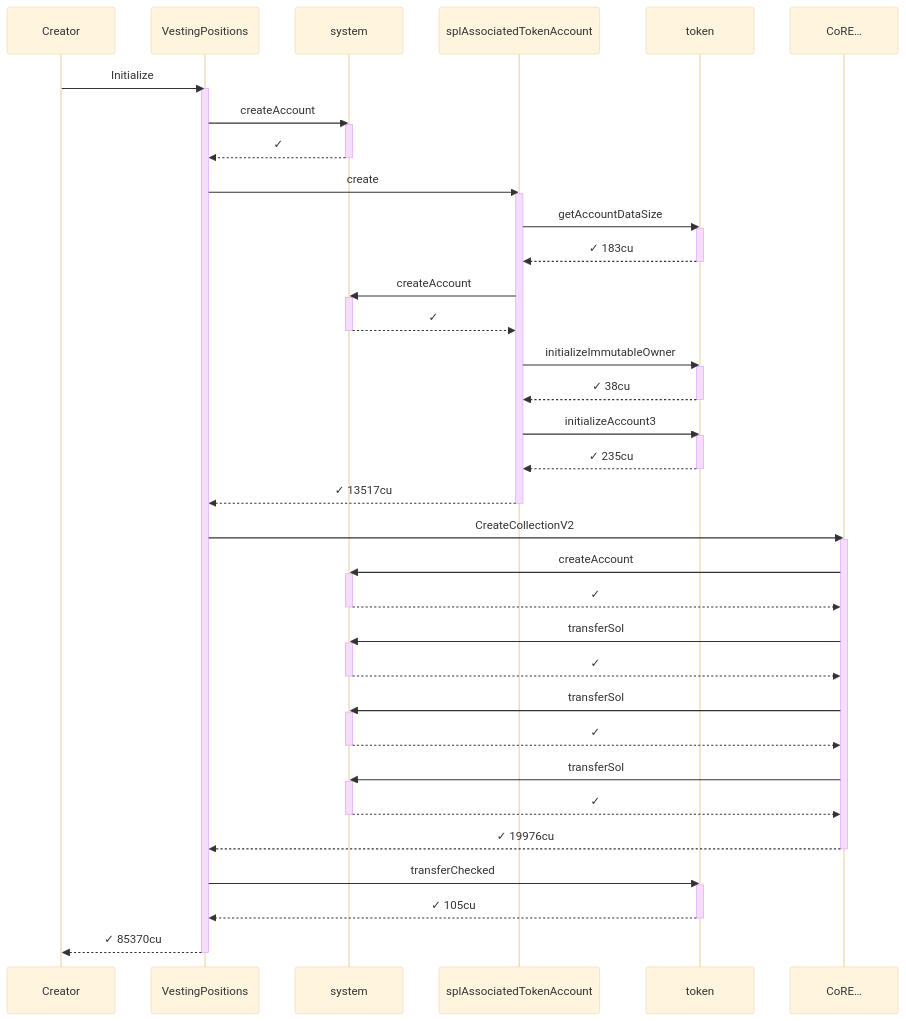
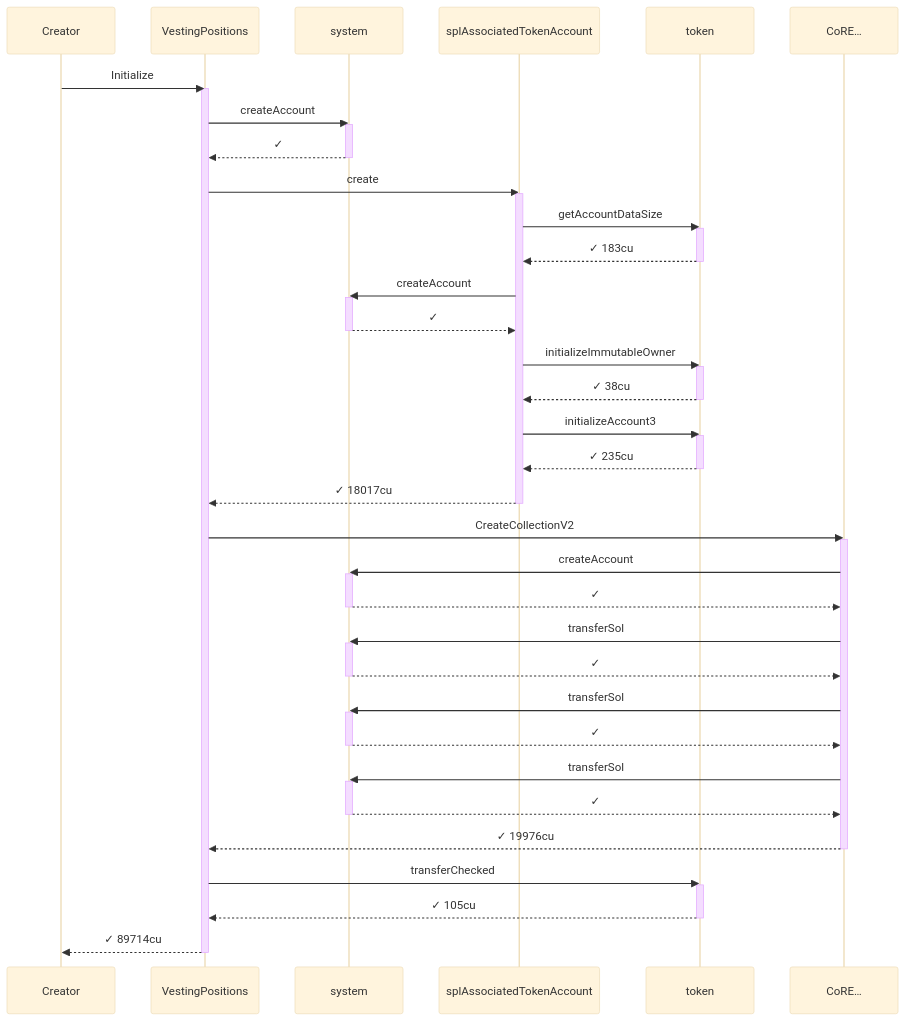
Before and after one commit to cds-turbin3/vesting-position: the first of 9 diagrams in babelfish-tests/test-report/freeze_asset_fails_without_freeze_plugin.md, drawn with Mermaid (base theme). The commit also changed other lines of this file and 106 other files, not shown here.

````diff
--- a/babelfish-tests/test-report/freeze_asset_fails_without_freeze_plugin.md
+++ b/babelfish-tests/test-report/freeze_asset_fails_without_freeze_plugin.md
@@ -43,61 +49,61 @@
 ```mermaid
 sequenceDiagram
     participant p0 as Creator
     participant p1 as VestingPositions
     participant p2 as system
     participant p3 as splAssociatedTokenAccount
     participant p4 as token
     participant p5 as CoRE…
     p0->>p1: Initialize
     activate p1
     p1->>p2: createAccount
     activate p2
     p2-->>p1: ✓
     deactivate p2
     p1->>p3: create
     activate p3
     p3->>p4: getAccountDataSize
     activate p4
     p4-->>p3: ✓ 183cu
     deactivate p4
     p3->>p2: createAccount
     activate p2
     p2-->>p3: ✓
     deactivate p2
     p3->>p4: initializeImmutableOwner
     activate p4
     p4-->>p3: ✓ 38cu
     deactivate p4
     p3->>p4: initializeAccount3
     activate p4
     p4-->>p3: ✓ 235cu
     deactivate p4
-    p3-->>p1: ✓ 13517cu
+    p3-->>p1: ✓ 18017cu
     deactivate p3
     p1->>p5: CreateCollectionV2
     activate p5
     p5->>p2: createAccount
     activate p2
     p2-->>p5: ✓
     deactivate p2
     p5->>p2: transferSol
     activate p2
     p2-->>p5: ✓
     deactivate p2
     p5->>p2: transferSol
     activate p2
     p2-->>p5: ✓
     deactivate p2
     p5->>p2: transferSol
     activate p2
     p2-->>p5: ✓
     deactivate p2
     p5-->>p1: ✓ 19976cu
     deactivate p5
     p1->>p4: transferChecked
     activate p4
     p4-->>p1: ✓ 105cu
     deactivate p4
-    p1-->>p0: ✓ 85370cu
+    p1-->>p0: ✓ 89714cu
     deactivate p1
 ```
````
